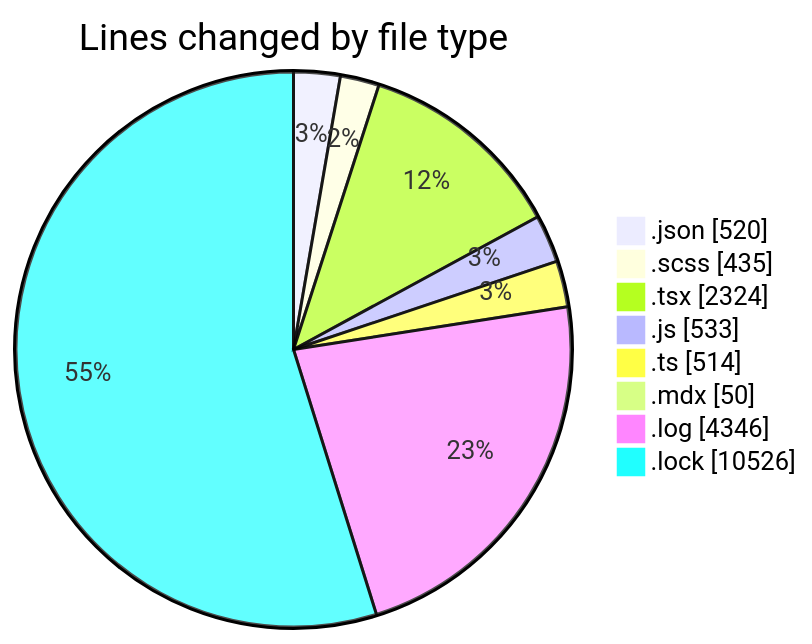
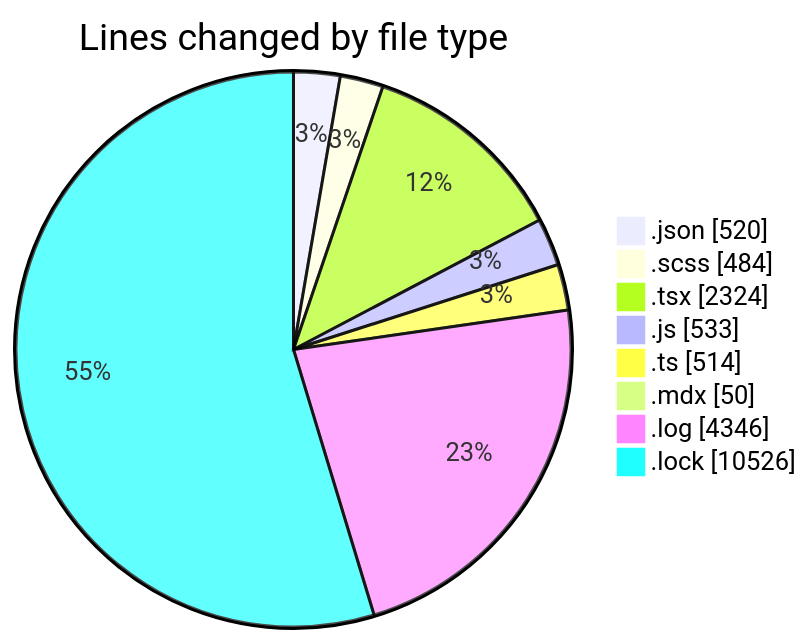
The first of 2 diagrams in 2026-04-20/cda/README.md (momahboobian/code-tracking), drawn with Mermaid before and after one commit. The commit also changed other lines of this file and 1 other file, not shown here.

````diff
--- a/2026-04-20/cda/README.md
+++ b/2026-04-20/cda/README.md
@@ -41,12 +42,12 @@
 ```mermaid
 pie showData
 title Lines changed by file type
 ".json" : 520
-".scss" : 435
+".scss" : 484
 ".tsx" : 2324
 ".js" : 533
 ".ts" : 514
 ".mdx" : 50
 ".log" : 4346
 ".lock" : 10526
 ```
````
